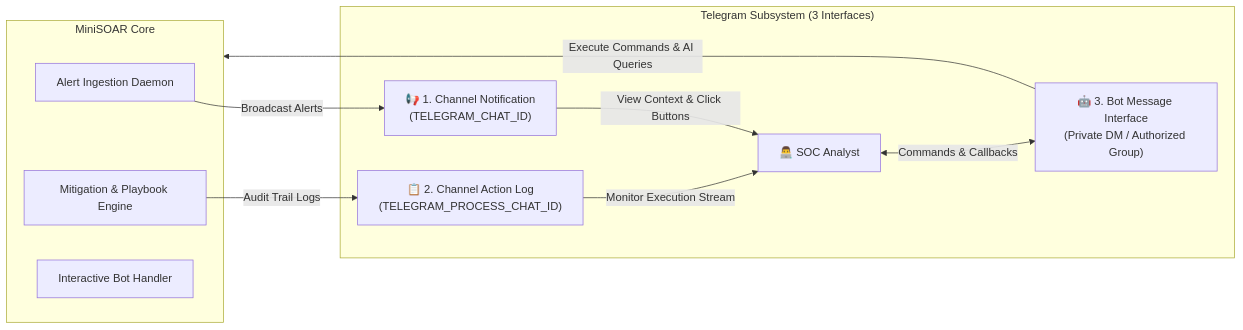
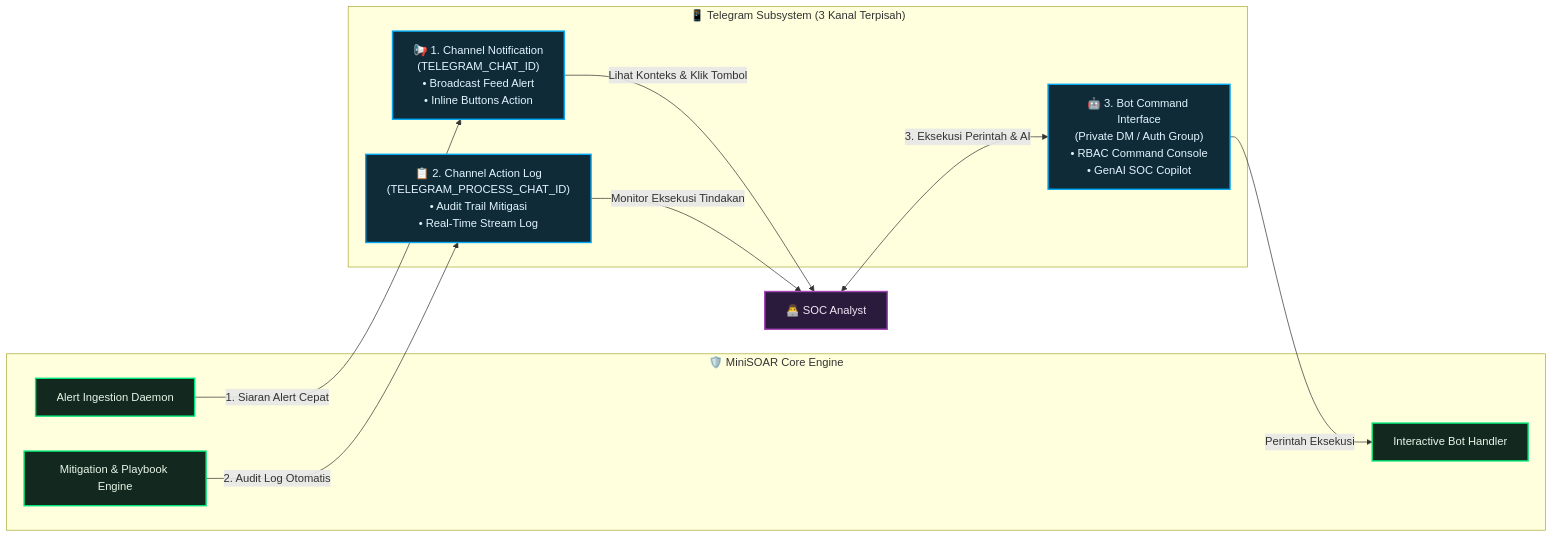
The second of 3 diagrams in docs/architecture.md (one-b1t/Mini-SOAR), drawn with Mermaid before and after one commit. The commit also changed other lines of this file and 8 other files, not shown here.

Commit message:
chore: add architectural documentation and visual regression testing artifacts

````diff
--- a/docs/architecture.md
+++ b/docs/architecture.md
@@ -83,18 +133,27 @@
 ```mermaid
 flowchart LR
-    subgraph SYSTEM_ALERTS["MiniSOAR Core"]
-        D1[Alert Ingestion Daemon]
-        M1[Mitigation & Playbook Engine]
-        B1[Interactive Bot Handler]
+    classDef coreEngine fill:#13281e,stroke:#00e676,stroke-width:2px,color:#e8f5e9;
+    classDef tgChannel fill:#0f2b38,stroke:#03a9f4,stroke-width:2px,color:#e1f5fe;
+    classDef socActor fill:#2a1b3d,stroke:#ab47bc,stroke-width:2px,color:#f3e5f5;
+
+    subgraph SYSTEM_ALERTS["🛡️ MiniSOAR Core Engine"]
+        D1["Alert Ingestion Daemon"]:::coreEngine
+        M1["Mitigation & Playbook Engine"]:::coreEngine
+        B1["Interactive Bot Handler"]:::coreEngine
     end
 
-    subgraph TELEGRAM_CHANNELS["Telegram Subsystem (3 Interfaces)"]
-        D1 -->|Broadcast Alerts| IF1["📢 1. Channel Notification\n(TELEGRAM_CHAT_ID)"]
-        M1 -->|Audit Trail Logs| IF2["📋 2. Channel Action Log\n(TELEGRAM_PROCESS_CHAT_ID)"]
-        ANALYST[👨‍💻 SOC Analyst] <-->|Commands & Callbacks| IF3["🤖 3. Bot Message Interface\n(Private DM / Authorized Group)"]
+    subgraph TELEGRAM_CHANNELS["📱 Telegram Subsystem (3 Kanal Terpisah)"]
+        IF1["📢 1. Channel Notification\n(TELEGRAM_CHAT_ID)\n• Broadcast Feed Alert\n• Inline Buttons Action"]:::tgChannel
+        IF2["📋 2. Channel Action Log\n(TELEGRAM_PROCESS_CHAT_ID)\n• Audit Trail Mitigasi\n• Real-Time Stream Log"]:::tgChannel
+        IF3["🤖 3. Bot Command Interface\n(Private DM / Auth Group)\n• RBAC Command Console\n• GenAI SOC Copilot"]:::tgChannel
     end
 
-    IF1 -->|View Context & Click Buttons| ANALYST
-    IF2 -->|Monitor Execution Stream| ANALYST
-    IF3 -->|Execute Commands & AI Queries| SYSTEM_ALERTS
+    ANALYST["👨‍💻 SOC Analyst"]:::socActor
+
+    D1 -->|1. Siaran Alert Cepat| IF1
+    M1 -->|2. Audit Log Otomatis| IF2
+    IF1 -->|Lihat Konteks & Klik Tombol| ANALYST
+    IF2 -->|Monitor Eksekusi Tindakan| ANALYST
+    ANALYST <-->|3. Eksekusi Perintah & AI| IF3
+    IF3 -->|Perintah Eksekusi| B1
 ```
````
